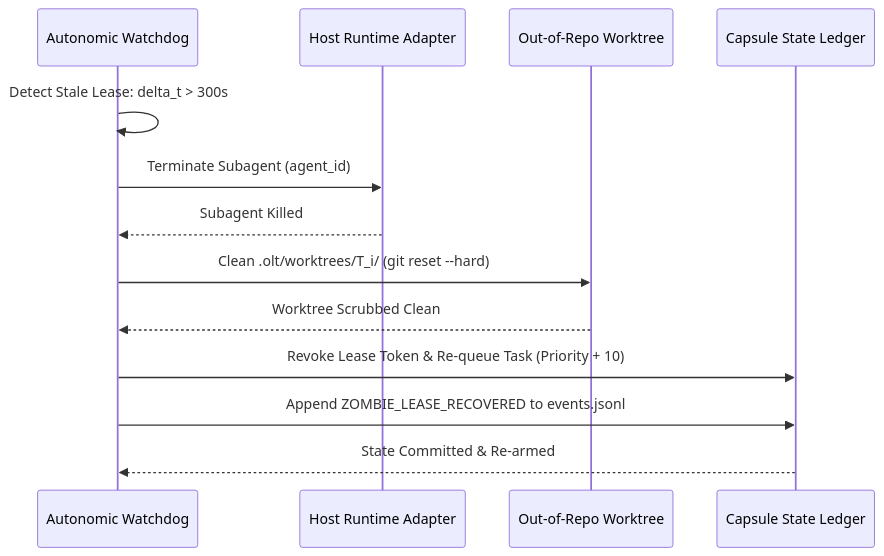
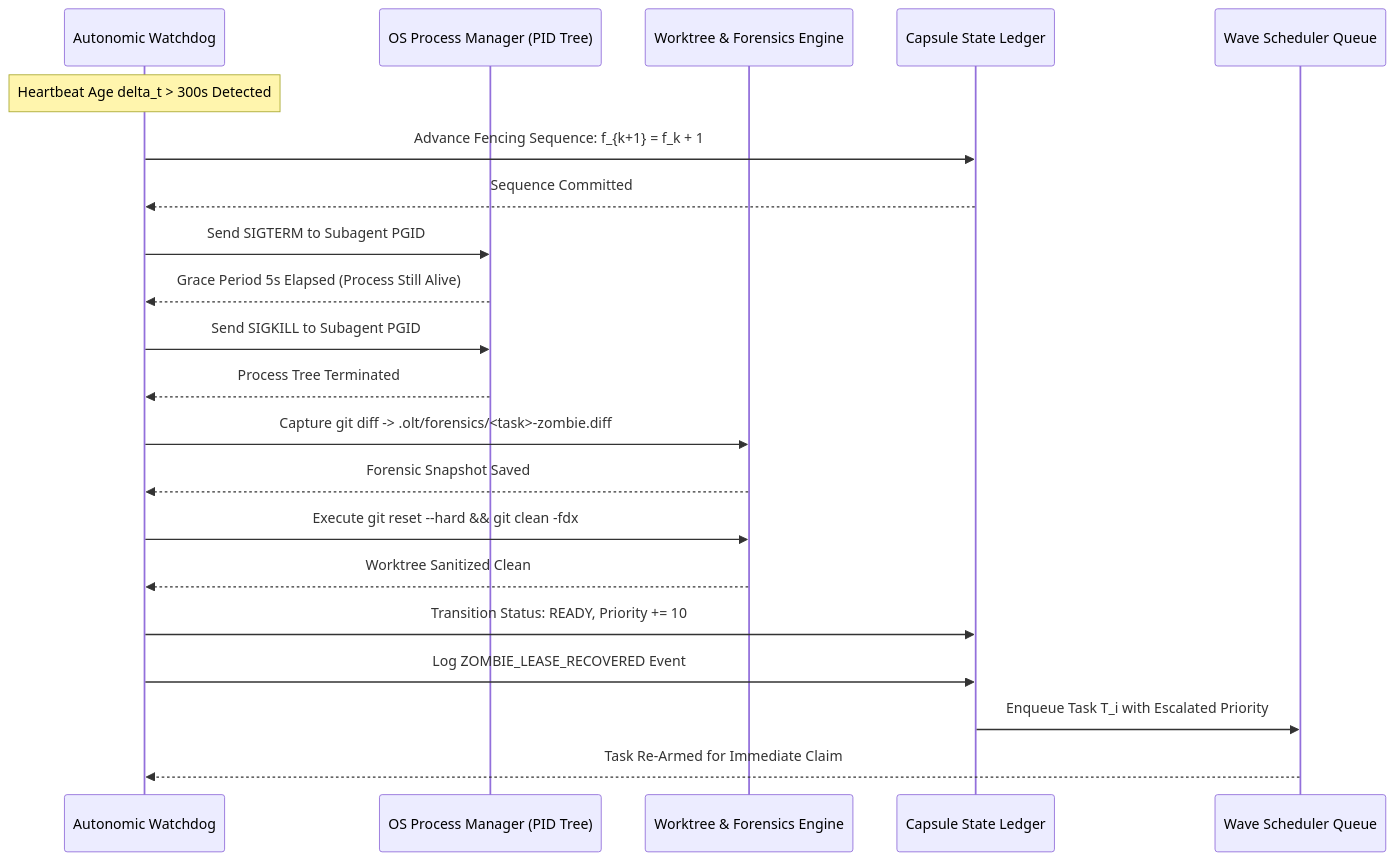
Before and after one commit to onurseckin/skills: the diagram in docs/olt/architecture/07-distributed-leasing-execution/07-03-stale-worker-and-zombie-auto-recovery.md, drawn with Mermaid. The commit also changed other lines of this file and 163 other files, not shown here.

````diff
--- a/docs/olt/architecture/07-distributed-leasing-execution/07-03-stale-worker-and-zombie-auto-recovery.md
+++ b/docs/olt/architecture/07-distributed-leasing-execution/07-03-stale-worker-and-zombie-auto-recovery.md
@@ -58,16 +133,27 @@
 ```mermaid
 sequenceDiagram
     participant Watchdog as Autonomic Watchdog
-    participant Host as Host Runtime Adapter
-    participant FS as Out-of-Repo Worktree
+    participant Host as OS Process Manager (PID Tree)
+    participant FS as Worktree & Forensics Engine
     participant State as Capsule State Ledger
+    participant Queue as Wave Scheduler Queue
 
-    Watchdog->>Watchdog: Detect Stale Lease: delta_t > 300s
-    Watchdog->>Host: Terminate Subagent (agent_id)
-    Host-->>Watchdog: Subagent Killed
-    Watchdog->>FS: Clean .olt/worktrees/T_i/ (git reset --hard)
-    FS-->>Watchdog: Worktree Scrubbed Clean
-    Watchdog->>State: Revoke Lease Token & Re-queue Task (Priority + 10)
-    Watchdog->>State: Append ZOMBIE_LEASE_RECOVERED to events.jsonl
-    State-->>Watchdog: State Committed & Re-armed
+    Note over Watchdog: Heartbeat Age delta_t > 300s Detected
+    Watchdog->>State: Advance Fencing Sequence: f_{k+1} = f_k + 1
+    State-->>Watchdog: Sequence Committed
+
+    Watchdog->>Host: Send SIGTERM to Subagent PGID
+    Host-->>Watchdog: Grace Period 5s Elapsed (Process Still Alive)
+    Watchdog->>Host: Send SIGKILL to Subagent PGID
+    Host-->>Watchdog: Process Tree Terminated
+
+    Watchdog->>FS: Capture git diff -> .olt/forensics/<task>-zombie.diff
+    FS-->>Watchdog: Forensic Snapshot Saved
+    Watchdog->>FS: Execute git reset --hard && git clean -fdx
+    FS-->>Watchdog: Worktree Sanitized Clean
+
+    Watchdog->>State: Transition Status: READY, Priority += 10
+    Watchdog->>State: Log ZOMBIE_LEASE_RECOVERED Event
+    State->>Queue: Enqueue Task T_i with Escalated Priority
+    Queue-->>Watchdog: Task Re-Armed for Immediate Claim
 ```
````
